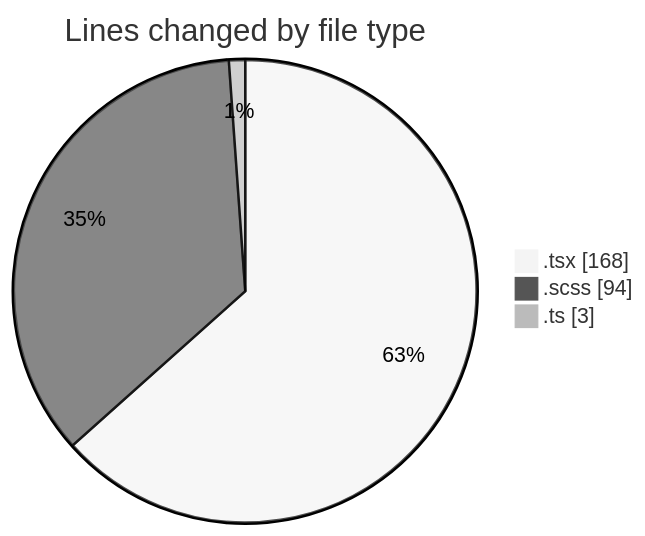
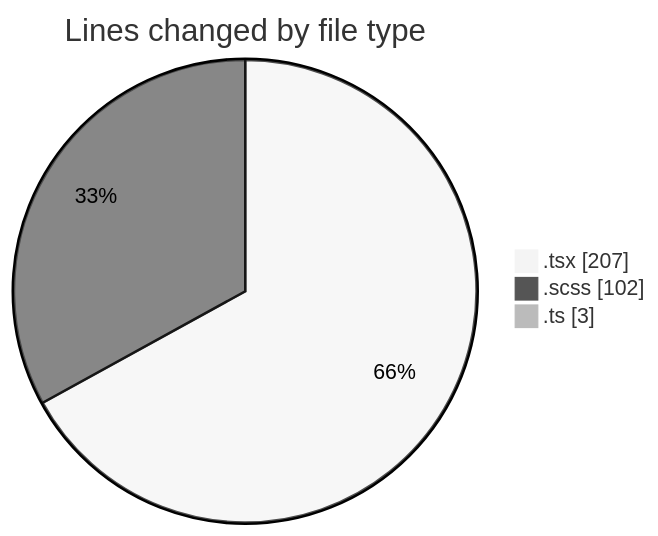
The first of 2 diagrams in 2026-10-30/cda/README.md (momahboobian/code-tracking), drawn with Mermaid (neutral theme) before and after one commit. The commit also changed other lines of this file and 1 other file, not shown here.

````diff
--- a/2026-10-30/cda/README.md
+++ b/2026-10-30/cda/README.md
@@ -24,7 +24,7 @@
 ```mermaid
 pie showData
 title Lines changed by file type
-".tsx" : 168
-".scss" : 94
+".tsx" : 207
+".scss" : 102
 ".ts" : 3
 ```
````
